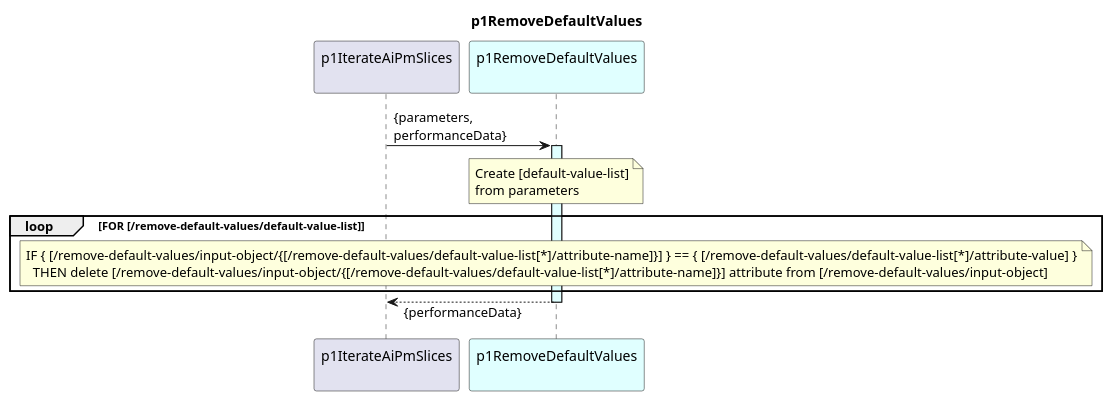
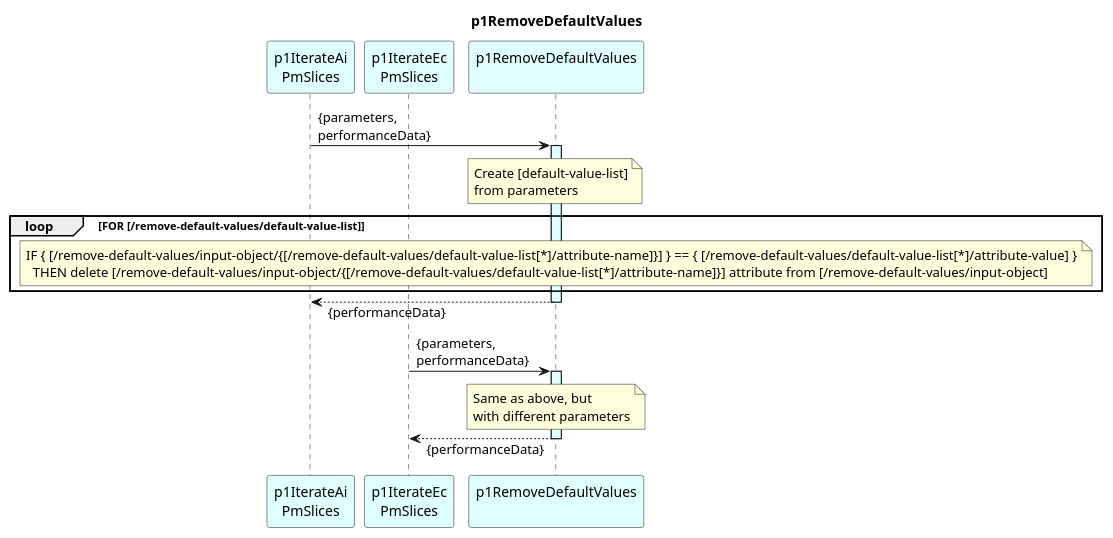
One commit to openBackhaul/DevicePerformanceManagementDataProcessor changed the diagram in spec/Functions/p1StreamPmData/p1ProcessDevice/p1CreateResultCc/p1IterateAiPmSlices/p1RemoveDefaultValues/1.0.0/p1RemoveDefaultValues.plantuml. Above: the diagram before and after it, drawn with PlantUML. The commit also changed 12 other files, not shown here.

Commit message:
Define p1IterateEcPmSlices

```diff
--- a/spec/Functions/p1StreamPmData/p1ProcessDevice/p1CreateResultCc/p1IterateAiPmSlices/p1RemoveDefaultValues/1.0.0/p1RemoveDefaultValues.plantuml
+++ b/spec/Functions/p1StreamPmData/p1ProcessDevice/p1CreateResultCc/p1IterateAiPmSlices/p1RemoveDefaultValues/1.0.0/p1RemoveDefaultValues.plantuml
@@ -1,32 +1,46 @@
 @startuml p1RemoveDefaultValues
 skinparam responseMessageBelowArrow true
 
 title
   p1RemoveDefaultValues
 end title
 
-participant "p1IterateAiPmSlices\n" as requestor
+participant "p1IterateAi\nPmSlices" as requestor1 #LightCyan
+participant "p1IterateEc\nPmSlices" as requestor2 #LightCyan
+
 participant "p1RemoveDefaultValues\n" as removeDefault #LightCyan
 
 
-  requestor -> removeDefault : {parameters,\nperformanceData}
+  requestor1 -> removeDefault : {parameters,\nperformanceData}
   activate removeDefault #LightCyan
 
     note over removeDefault
       Create [default-value-list]
       from parameters
     end note
 
     loop FOR [/remove-default-values/default-value-list]
 
       note over removeDefault
         IF { [/remove-default-values/input-object/{[/remove-default-values/default-value-list[*]/attribute-name]}] } == { [/remove-default-values/default-value-list[*]/attribute-value] }
           THEN delete [/remove-default-values/input-object/{[/remove-default-values/default-value-list[*]/attribute-name]}] attribute from [/remove-default-values/input-object]
       end note
 
     end loop
 
-  requestor <-- removeDefault: {performanceData}
+  requestor1 <-- removeDefault: {performanceData}
+  deactivate removeDefault
+
+
+  requestor2 -> removeDefault : {parameters,\nperformanceData}
+  activate removeDefault #LightCyan
+
+    note over removeDefault
+      Same as above, but
+      with different parameters
+    end note
+
+  requestor2 <-- removeDefault: {performanceData}
   deactivate removeDefault
 
 @enduml
```
